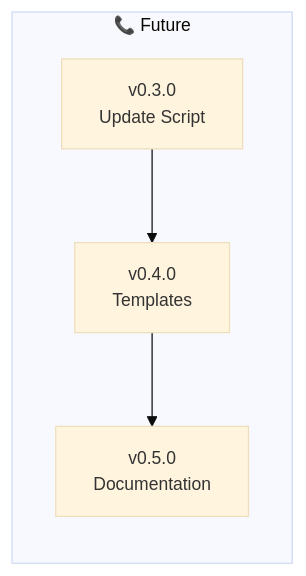
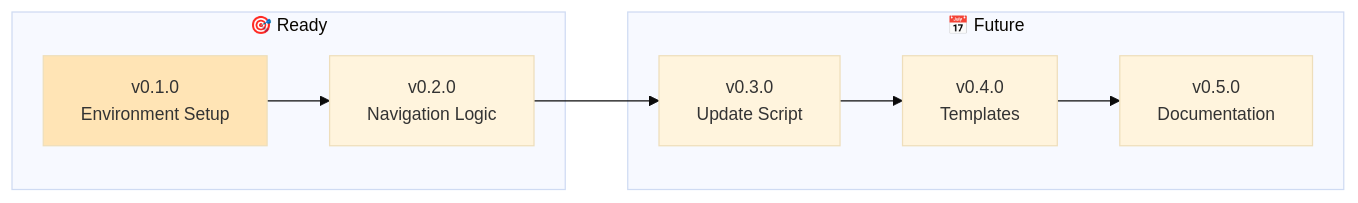
The diagram in backstage/HEALTH.md (nonlinear/backstage), drawn with Mermaid before and after one commit. The commit also changed other lines of this file and 2 other files, not shown here.

````diff
--- a/backstage/HEALTH.md
+++ b/backstage/HEALTH.md
@@ -50,12 +14,21 @@
 ```mermaid
 %%{init: {'theme':'base', 'themeVariables': { 'fontSize':'14px'}}}%%
 graph LR
-    subgraph "📞 Future"
+    subgraph "🎯 Ready"
+        V01[v0.1.0<br/>Environment Setup]
+        V02[v0.2.0<br/>Navigation Logic]
+    end
+
+    subgraph "📅 Future"
         V03[v0.3.0<br/>Update Script]
         V04[v0.4.0<br/>Templates]
         V05[v0.5.0<br/>Documentation]
     end
 
+    V01 --> V02
+    V02 --> V03
     V03 --> V04
     V04 --> V05
+
+    style V01 fill:#FFE4B5
 ```
````
